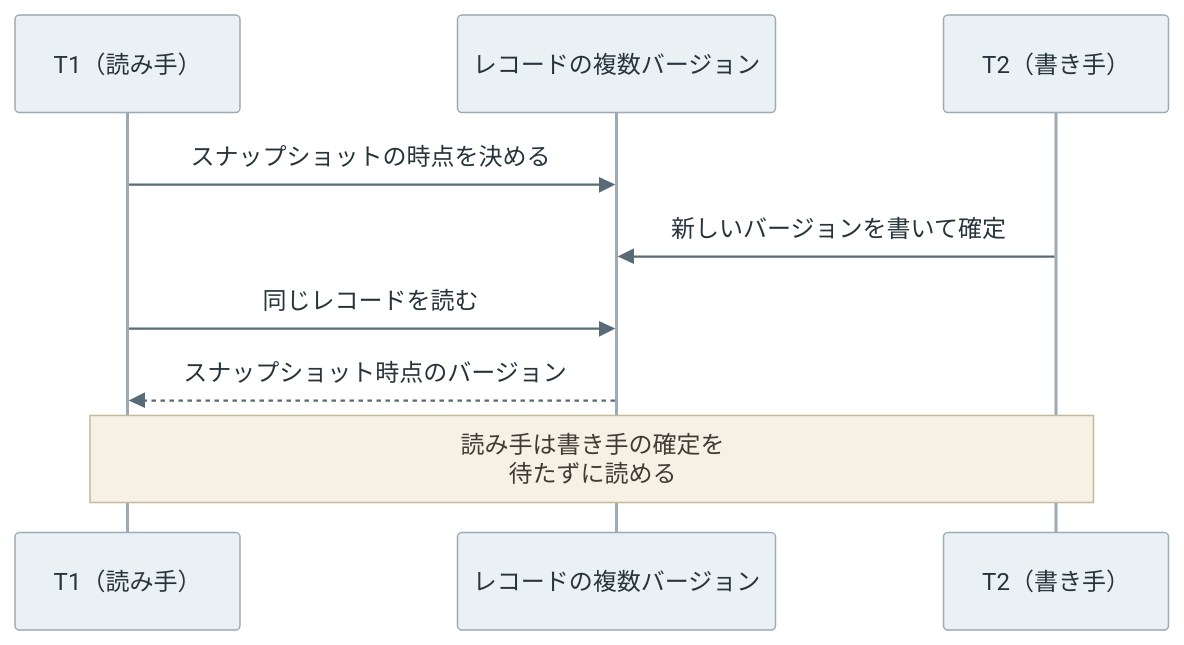
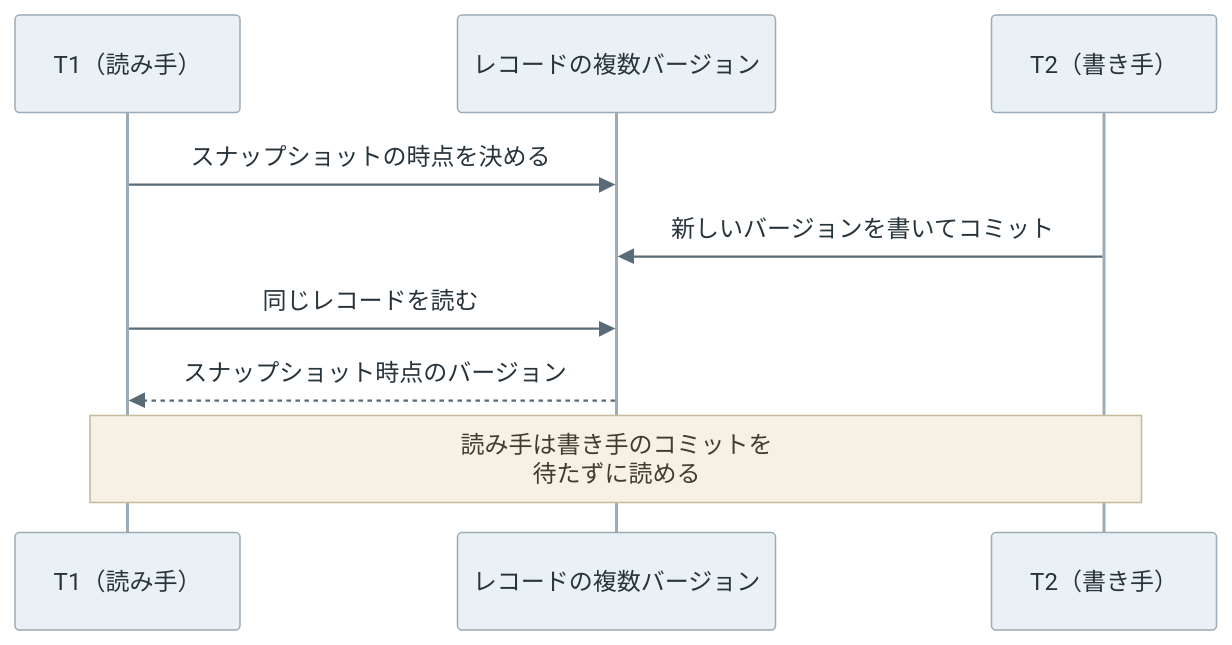
One commit to nao1215/debimate changed the fifth of 8 diagrams in content/notes/database-systems/transaction-isolation/index.md. Above: the diagram before and after it, drawn with Mermaid. The commit also changed other lines of this file and 32 other files, not shown here.

````diff
--- a/content/notes/database-systems/transaction-isolation/index.md
+++ b/content/notes/database-systems/transaction-isolation/index.md
@@ -229,12 +229,12 @@
 ```mermaid
 %%{init: {"theme":"base","themeVariables":{"primaryColor":"#eaf1f5","primaryTextColor":"#28343b","primaryBorderColor":"#9cabb5","lineColor":"#596b76","textColor":"#28343b","actorBkg":"#eaf1f5","actorBorder":"#9cabb5","actorTextColor":"#28343b","actorLineColor":"#9cabb5","signalColor":"#596b76","signalTextColor":"#28343b","noteBkgColor":"#f7f1e5","noteBorderColor":"#c5b99b","noteTextColor":"#403c32","activationBkgColor":"#edf3ef","activationBorderColor":"#9aafa1"}}}%%
 sequenceDiagram
     participant T1 as T1（読み手）
     participant D as レコードの複数バージョン
     participant T2 as T2（書き手）
     T1->>D: スナップショットの時点を決める
-    T2->>D: 新しいバージョンを書いて確定
+    T2->>D: 新しいバージョンを書いてコミット
     T1->>D: 同じレコードを読む
     D-->>T1: スナップショット時点のバージョン
-    Note over T1,T2: 読み手は書き手の確定を<br/>待たずに読める
+    Note over T1,T2: 読み手は書き手のコミットを<br/>待たずに読める
 ```
````
